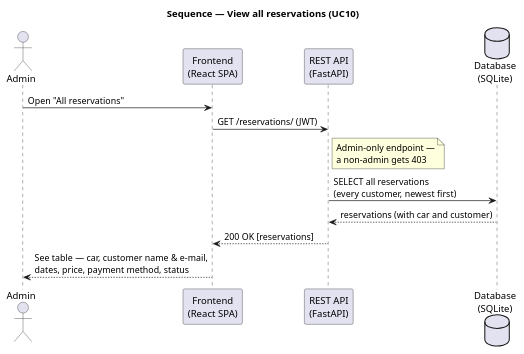
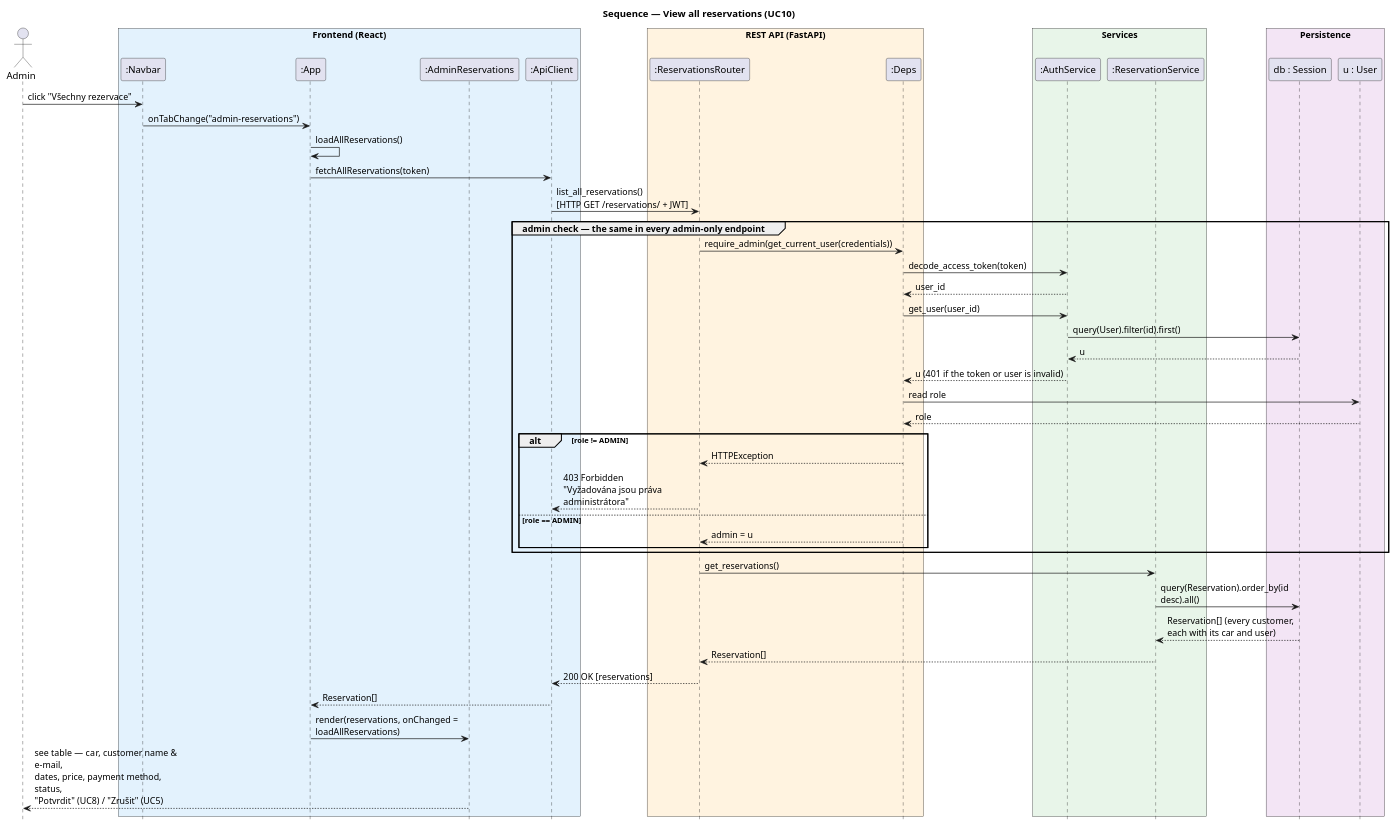
Before and after one commit to DavidMagyarics/CarRentalVSB: the diagram in docs/diagrams/sequence-view-all-reservations.puml, drawn with PlantUML. The commit also changed 45 other files, not shown here.

Commit message:
docs: model the sequence diagrams on concrete classes and objects, sync the class diagram with the code

```diff
--- a/docs/diagrams/sequence-view-all-reservations.puml
+++ b/docs/diagrams/sequence-view-all-reservations.puml
@@ -1,20 +1,60 @@
 @startuml sequence-view-all-reservations
 skinparam backgroundColor white
+skinparam responseMessageBelowArrow true
+skinparam maxMessageSize 220
+hide footbox
 title Sequence — View all reservations (UC10)
 
 actor Admin
-participant "Frontend\n(React SPA)" as FE
-participant "REST API\n(FastAPI)" as API
-database "Database\n(SQLite)" as DB
+box "Frontend (React)" #E3F2FD
+  participant ":Navbar" as Navbar
+  participant ":App" as App
+  participant ":AdminReservations" as AdminRes
+  participant ":ApiClient" as ApiClient
+end box
+box "REST API (FastAPI)" #FFF3E0
+  participant ":ReservationsRouter" as ResRouter
+  participant ":Deps" as Deps
+end box
+box "Services" #E8F5E9
+  participant ":AuthService" as AuthService
+  participant ":ReservationService" as ResService
+end box
+box "Persistence" #F3E5F5
+  participant "db : Session" as DB
+  participant "u : User" as U
+end box
 
-Admin -> FE: Open "All reservations"
-FE -> API: GET /reservations/ (JWT)
-note right of API
-  Admin-only endpoint —
-  a non-admin gets 403
-end note
-API -> DB: SELECT all reservations\n(every customer, newest first)
-DB --> API: reservations (with car and customer)
-API --> FE: 200 OK [reservations]
-FE --> Admin: See table — car, customer name & e-mail,\ndates, price, payment method, status
+Admin -> Navbar : click "Všechny rezervace"
+Navbar -> App : onTabChange("admin-reservations")
+App -> App : loadAllReservations()
+App -> ApiClient : fetchAllReservations(token)
+ApiClient -> ResRouter : list_all_reservations()\n[HTTP GET /reservations/ + JWT]
+
+group admin check — the same in every admin-only endpoint
+  ResRouter -> Deps : require_admin(get_current_user(credentials))
+  Deps -> AuthService : decode_access_token(token)
+  AuthService --> Deps : user_id
+  Deps -> AuthService : get_user(user_id)
+  AuthService -> DB : query(User).filter(id).first()
+  DB --> AuthService : u
+  AuthService --> Deps : u (401 if the token or user is invalid)
+  Deps -> U : read role
+  U --> Deps : role
+  alt role != ADMIN
+    Deps --> ResRouter : HTTPException
+    ResRouter --> ApiClient : 403 Forbidden\n"Vyžadována jsou práva administrátora"
+  else role == ADMIN
+    Deps --> ResRouter : admin = u
+  end
+end
+
+ResRouter -> ResService : get_reservations()
+ResService -> DB : query(Reservation).order_by(id desc).all()
+DB --> ResService : Reservation[] (every customer,\neach with its car and user)
+ResService --> ResRouter : Reservation[]
+ResRouter --> ApiClient : 200 OK [reservations]
+ApiClient --> App : Reservation[]
+App -> AdminRes : render(reservations, onChanged = loadAllReservations)
+AdminRes --> Admin : see table — car, customer name & e-mail,\ndates, price, payment method, status,\n"Potvrdit" (UC8) / "Zrušit" (UC5)
 @enduml
```
